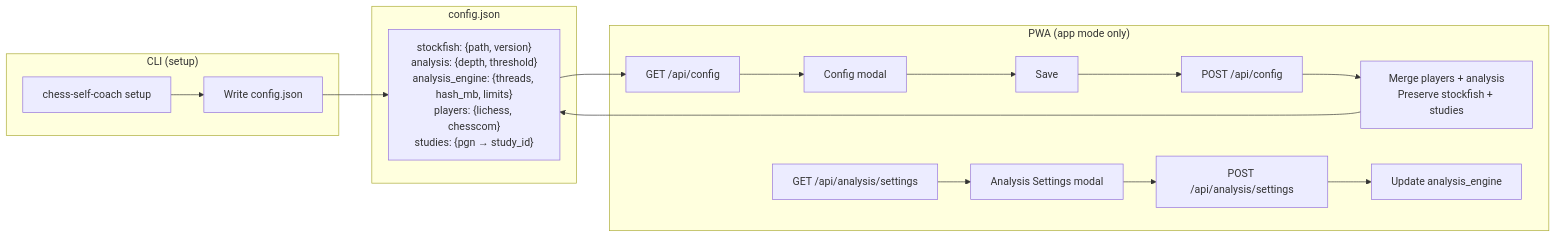
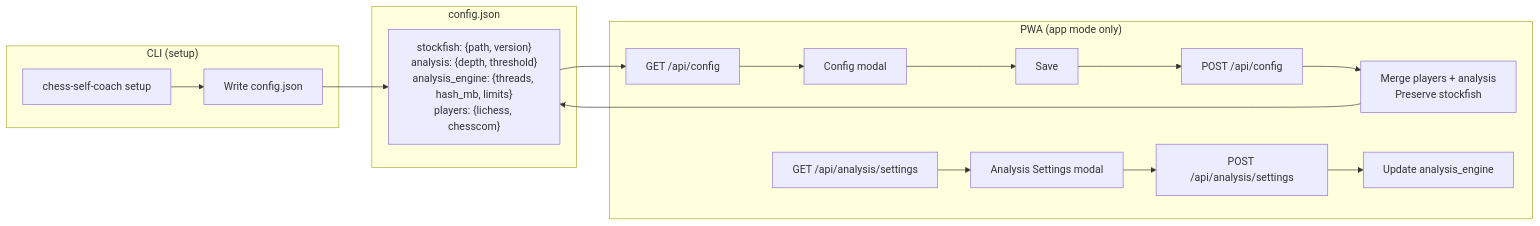
One commit to Bobain/chess-opening-prep changed the fifth of 5 diagrams in docs/flows/user-flows.md. Above: the diagram before and after it, drawn with Mermaid. The commit also changed other lines of this file and 10 other files, not shown here.

````diff
--- a/docs/flows/user-flows.md
+++ b/docs/flows/user-flows.md
@@ -233,24 +224,24 @@
 ```mermaid
 flowchart LR
     subgraph "CLI (setup)"
         SETUP[chess-self-coach setup] --> WRITE[Write config.json]
     end
 
     subgraph "config.json"
-        CFG["stockfish: {path, version}<br/>analysis: {depth, threshold}<br/>analysis_engine: {threads, hash_mb, limits}<br/>players: {lichess, chesscom}<br/>studies: {pgn → study_id}"]
+        CFG["stockfish: {path, version}<br/>analysis: {depth, threshold}<br/>analysis_engine: {threads, hash_mb, limits}<br/>players: {lichess, chesscom}"]
     end
 
     subgraph "PWA (app mode only)"
         SHOW[GET /api/config] --> MODAL[Config modal]
         MODAL --> SAVE_BTN[Save]
         SAVE_BTN --> POST[POST /api/config]
-        POST --> MERGE[Merge players + analysis<br/>Preserve stockfish + studies]
+        POST --> MERGE[Merge players + analysis<br/>Preserve stockfish]
         SHOW2[GET /api/analysis/settings] --> MODAL2[Analysis Settings modal]
         MODAL2 --> SAVE2[POST /api/analysis/settings]
         SAVE2 --> MERGE2[Update analysis_engine]
     end
 
     WRITE --> CFG
     CFG --> SHOW
     MERGE --> CFG
 ```
````
